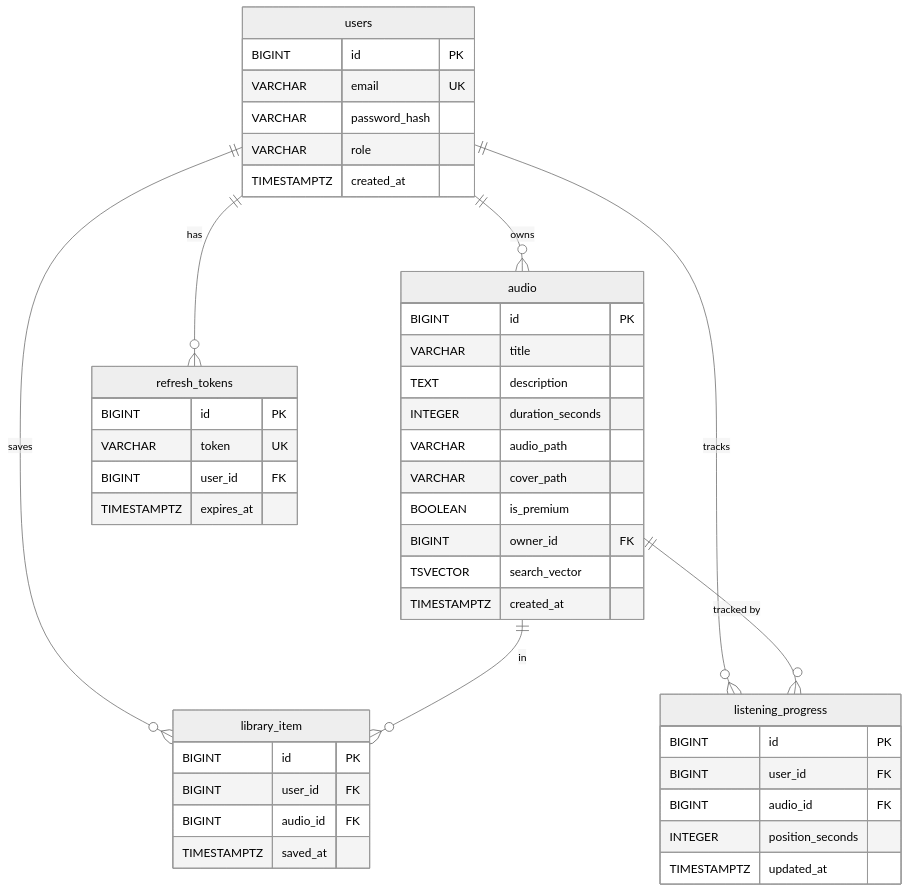
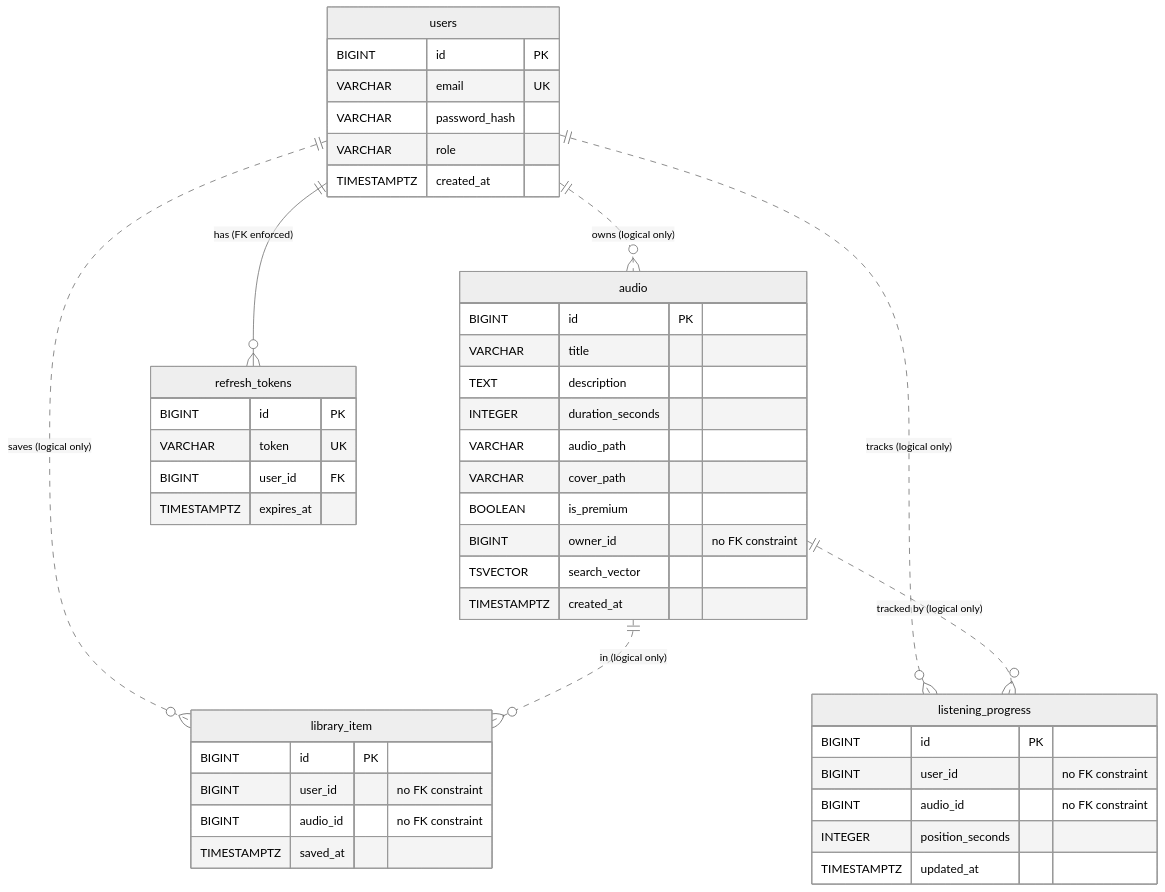
One commit to hazoe-dev/audio-streaming-platform changed the fourth of 18 diagrams in audiostreaming/doc/component-diagrams.md. Above: the diagram before and after it, drawn with Mermaid (neutral theme).

Commit message:
doc: update ERD diagram with FK in some cases when FK is only logical, not real constraint.

````diff
--- a/audiostreaming/doc/component-diagrams.md
+++ b/audiostreaming/doc/component-diagrams.md
@@ -111,48 +111,48 @@
 ```mermaid
 erDiagram
     users {
         BIGINT id PK
         VARCHAR email UK
         VARCHAR password_hash
         VARCHAR role
         TIMESTAMPTZ created_at
     }
     audio {
         BIGINT id PK
         VARCHAR title
         TEXT description
         INTEGER duration_seconds
         VARCHAR audio_path
         VARCHAR cover_path
         BOOLEAN is_premium
-        BIGINT owner_id FK
+        BIGINT owner_id "no FK constraint"
         TSVECTOR search_vector
         TIMESTAMPTZ created_at
     }
     refresh_tokens {
         BIGINT id PK
         VARCHAR token UK
         BIGINT user_id FK
         TIMESTAMPTZ expires_at
     }
     library_item {
         BIGINT id PK
-        BIGINT user_id FK
-        BIGINT audio_id FK
+        BIGINT user_id "no FK constraint"
+        BIGINT audio_id "no FK constraint"
         TIMESTAMPTZ saved_at
     }
     listening_progress {
         BIGINT id PK
-        BIGINT user_id FK
-        BIGINT audio_id FK
+        BIGINT user_id "no FK constraint"
+        BIGINT audio_id "no FK constraint"
         INTEGER position_seconds
         TIMESTAMPTZ updated_at
     }
 
-    users ||--o{ refresh_tokens : "has"
-    users ||--o{ library_item : "saves"
-    users ||--o{ listening_progress : "tracks"
-    users ||--o{ audio : "owns"
-    audio ||--o{ library_item : "in"
-    audio ||--o{ listening_progress : "tracked by"
+    users ||--o{ refresh_tokens : "has (FK enforced)"
+    users ||..o{ library_item : "saves (logical only)"
+    users ||..o{ listening_progress : "tracks (logical only)"
+    users ||..o{ audio : "owns (logical only)"
+    audio ||..o{ library_item : "in (logical only)"
+    audio ||..o{ listening_progress : "tracked by (logical only)"
 ```
````
